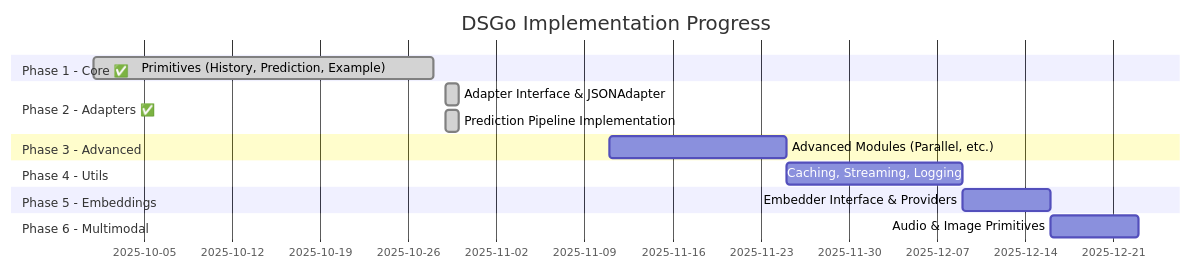
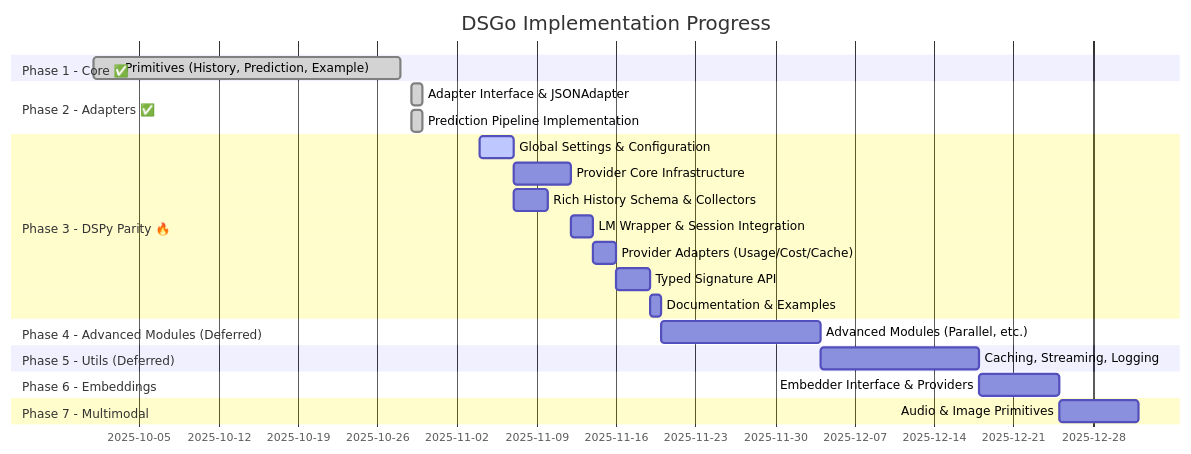
Before and after one commit to assagman/dsgo: the first of 3 diagrams in ROADMAP.md, drawn with Mermaid. The commit also changed other lines of this file, not shown here.

Commit message:
update ROADMAP for DSPy API parity

````diff
--- a/ROADMAP.md
+++ b/ROADMAP.md
@@ -9,23 +9,32 @@
 ```mermaid
 gantt
     title DSGo Implementation Progress
     dateFormat YYYY-MM-DD
     section Phase 1 - Core ✅
     Primitives (History, Prediction, Example)   :done, p1, 2025-10-01, 27d
 
     section Phase 2 - Adapters ✅
     Adapter Interface & JSONAdapter               :done, p2a, 2025-10-29, 1d
     Prediction Pipeline Implementation            :done, p2b, 2025-10-29, 1d
 
-    section Phase 3 - Advanced
-    Advanced Modules (Parallel, etc.)             :p3, 2025-11-11, 14d
+    section Phase 3 - DSPy Parity 🔥
+    Global Settings & Configuration               :active, p3a, 2025-11-04, 3d
+    Provider Core Infrastructure                  :p3b, 2025-11-07, 5d
+    Rich History Schema & Collectors              :p3c, 2025-11-07, 3d
+    LM Wrapper & Session Integration              :p3d, 2025-11-12, 2d
+    Provider Adapters (Usage/Cost/Cache)          :p3e, 2025-11-14, 2d
+    Typed Signature API                           :p3f, 2025-11-16, 3d
+    Documentation & Examples                      :p3g, 2025-11-19, 1d
 
-    section Phase 4 - Utils
-    Caching, Streaming, Logging                   :p4, 2025-11-25, 14d
+    section Phase 4 - Advanced Modules (Deferred)
+    Advanced Modules (Parallel, etc.)             :p4, 2025-11-20, 14d
 
-    section Phase 5 - Embeddings
-    Embedder Interface & Providers                :p5, 2025-12-09, 7d
+    section Phase 5 - Utils (Deferred)
+    Caching, Streaming, Logging                   :p5, 2025-12-04, 14d
 
-    section Phase 6 - Multimodal
-    Audio & Image Primitives                      :p6, 2025-12-16, 7d
+    section Phase 6 - Embeddings
+    Embedder Interface & Providers                :p6, 2025-12-18, 7d
+
+    section Phase 7 - Multimodal
+    Audio & Image Primitives                      :p7, 2025-12-25, 7d
 ```
````
